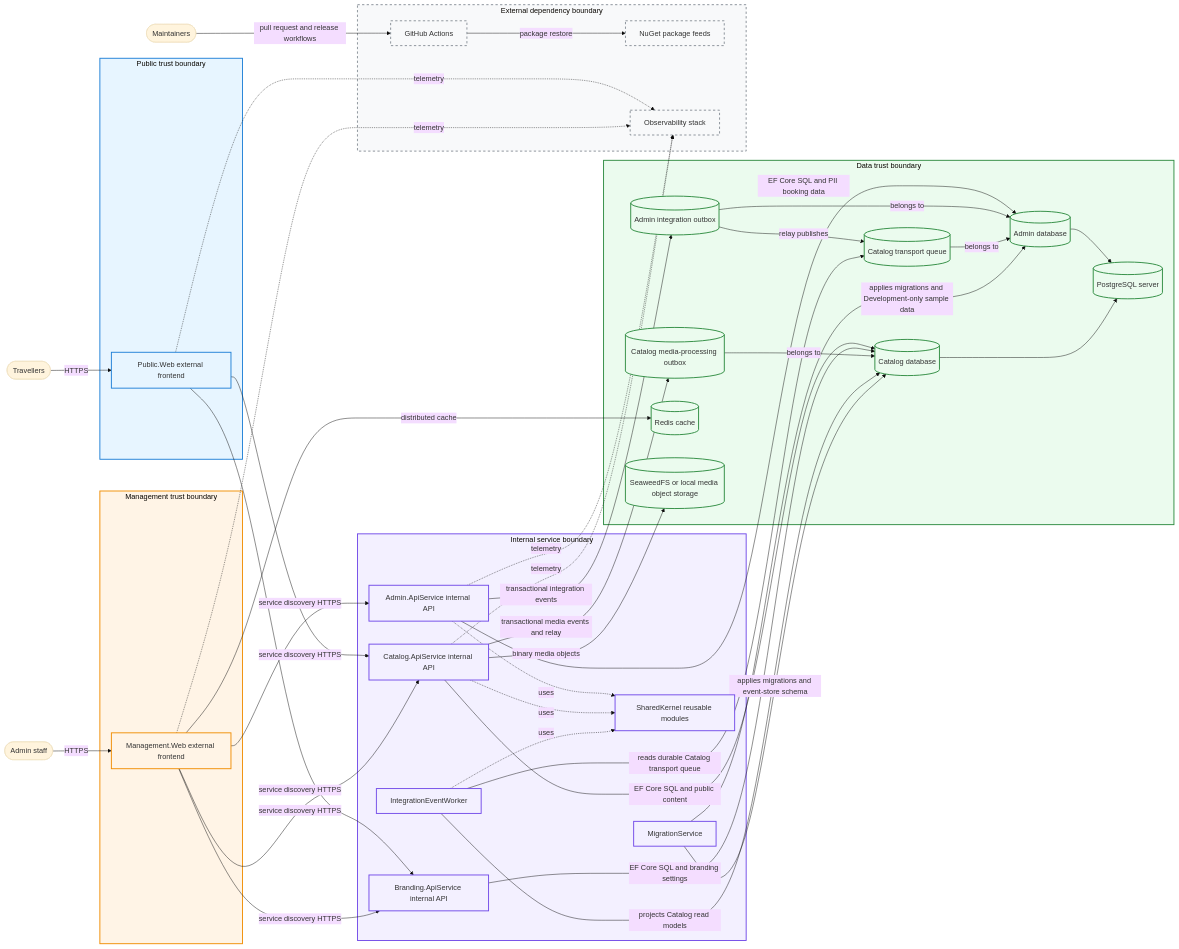
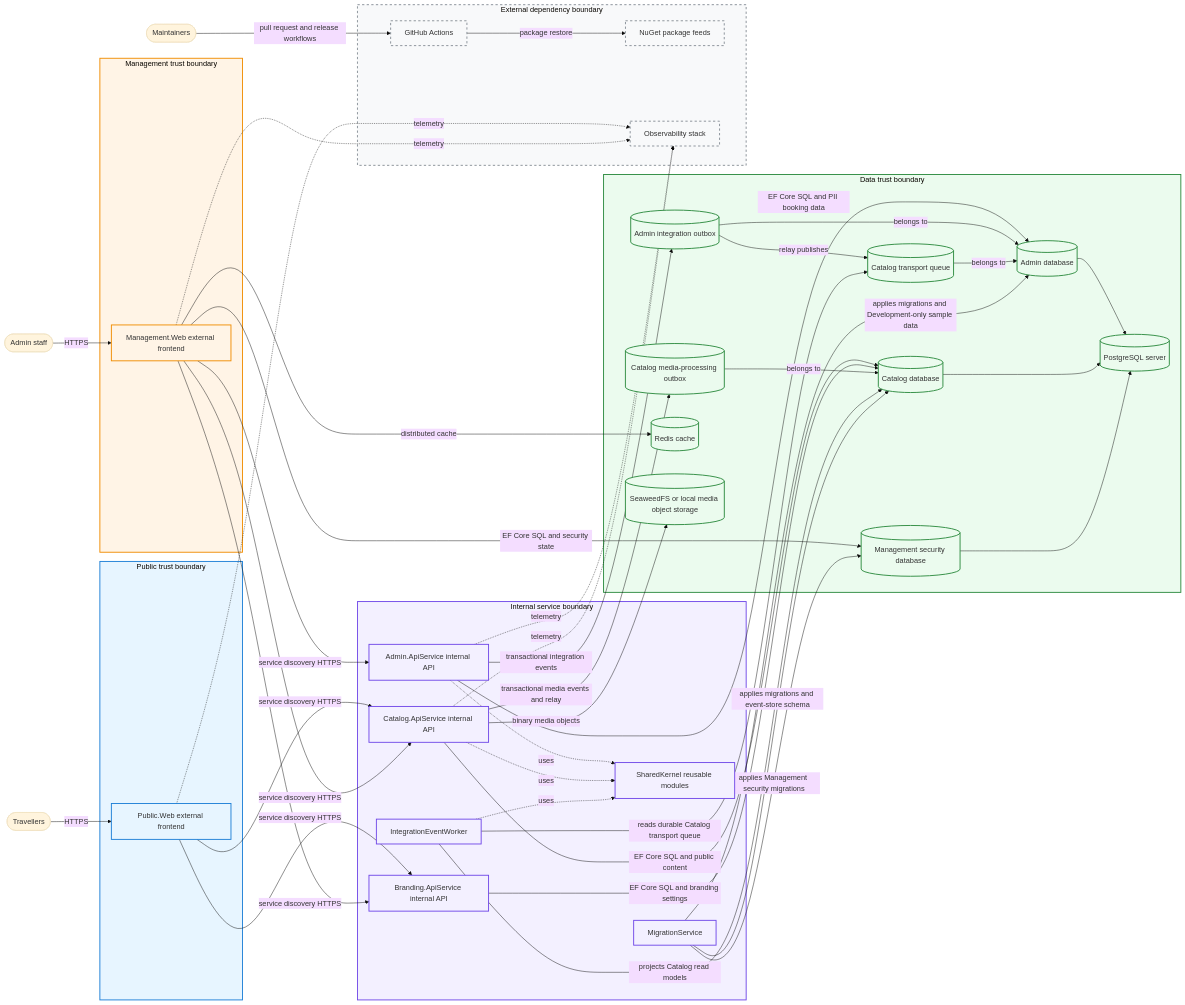
The diagram in docs/architecture/system-overview.md (danigutsch/ViajantesTurismo), drawn with Mermaid (base theme) before and after one commit. The commit also changed 13 other files, not shown here.

````diff
--- a/docs/architecture/system-overview.md
+++ b/docs/architecture/system-overview.md
@@ -31,6 +31,7 @@
         databaseServer[(PostgreSQL server)]
         adminDatabase[(Admin database)]
         catalogDatabase[(Catalog database)]
+        securityDatabase[(Management security database)]
         adminOutbox[(Admin integration outbox)]
         catalogTransport[(Catalog transport queue)]
         catalogOutbox[(Catalog media-processing outbox)]
@@ -52,6 +53,7 @@
     managementWeb -- service discovery HTTPS --> brandingApi
     managementWeb -- service discovery HTTPS --> catalogApi
     managementWeb -- distributed cache --> cache
+    managementWeb -- EF Core SQL and security state --> securityDatabase
     adminApi -- EF Core SQL and PII booking data --> adminDatabase
     adminApi -- transactional integration events --> adminOutbox
     adminOutbox -- relay publishes --> catalogTransport
@@ -66,8 +68,10 @@
     worker -- projects Catalog read models --> catalogDatabase
     migration -- applies migrations and Development-only sample data --> adminDatabase
     migration -- applies migrations and event-store schema --> catalogDatabase
+    migration -- applies Management security migrations --> securityDatabase
     adminDatabase --> databaseServer
     catalogDatabase --> databaseServer
+    securityDatabase --> databaseServer
     adminApi -. uses .-> sharedKernel
     catalogApi -. uses .-> sharedKernel
     worker -. uses .-> sharedKernel
@@ -88,6 +92,6 @@
     class publicWeb public
     class managementWeb management
     class adminApi,brandingApi,catalogApi,worker,migration,sharedKernel internal
-    class databaseServer,adminDatabase,catalogDatabase,adminOutbox,catalogTransport,catalogOutbox,cache,mediaStorage data
+    class databaseServer,adminDatabase,catalogDatabase,securityDatabase,adminOutbox,catalogTransport,catalogOutbox,cache,mediaStorage data
     class github,packageFeeds,observability external
 ```
````
